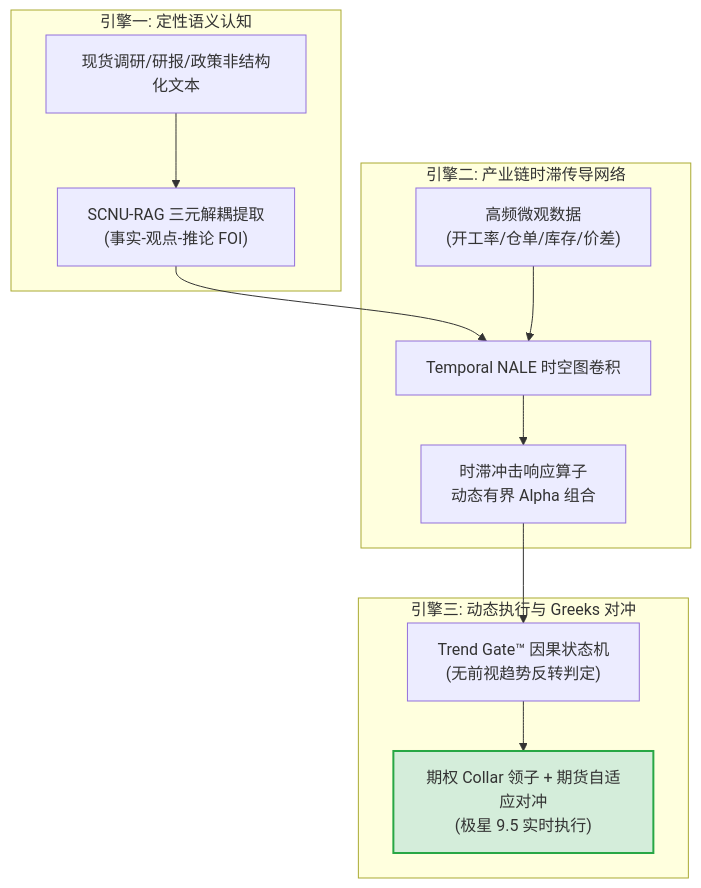
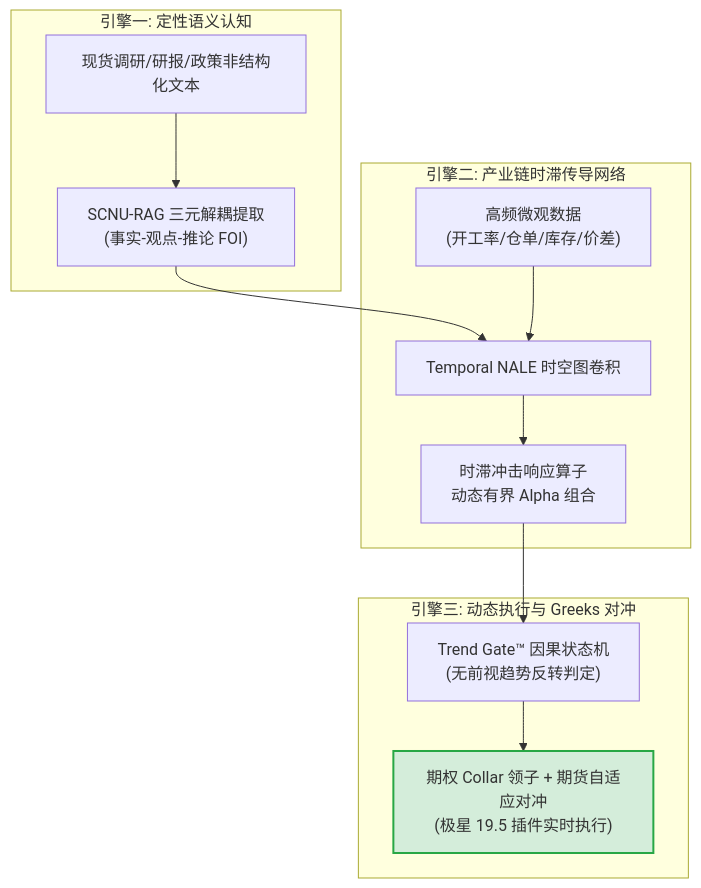
The second of 2 diagrams in 01_研究计划与论文/郑商所杯_研究计划书_申报稿.md (Jimmyanovice/stock-dashboard), drawn with Mermaid before and after one commit. The commit also changed other lines of this file and 5 other files, not shown here.

````diff
--- a/01_研究计划与论文/郑商所杯_研究计划书_申报稿.md
+++ b/01_研究计划与论文/郑商所杯_研究计划书_申报稿.md
@@ -83,19 +83,19 @@
 ```mermaid
 graph TD
     subgraph 引擎一: 定性语义认知
         M1["现货调研/研报/政策非结构化文本"] --> M2["SCNU-RAG 三元解耦提取\n(事实-观点-推论 FOI)"]
     end
     
     subgraph 引擎二: 产业链时滞传导网络
         M2 --> M3["Temporal NALE 时空图卷积"]
         Data["高频微观数据\n(开工率/仓单/库存/价差)"] --> M3
         M3 --> M4["时滞冲击响应算子\n动态有界 Alpha 组合"]
     end
     
     subgraph 引擎三: 动态执行与 Greeks 对冲
         M4 --> M5["Trend Gate™ 因果状态机\n(无前视趋势反转判定)"]
-        M5 --> M6["期权 Collar 领子 + 期货自适应对冲\n(极星 9.5 实时执行)"]
+        M5 --> M6["期权 Collar 领子 + 期货自适应对冲\n(极星 19.5 插件实时执行)"]
     end
     
     style M6 fill:#d4edda,stroke:#28a745,stroke-width:2px
 ```
````
